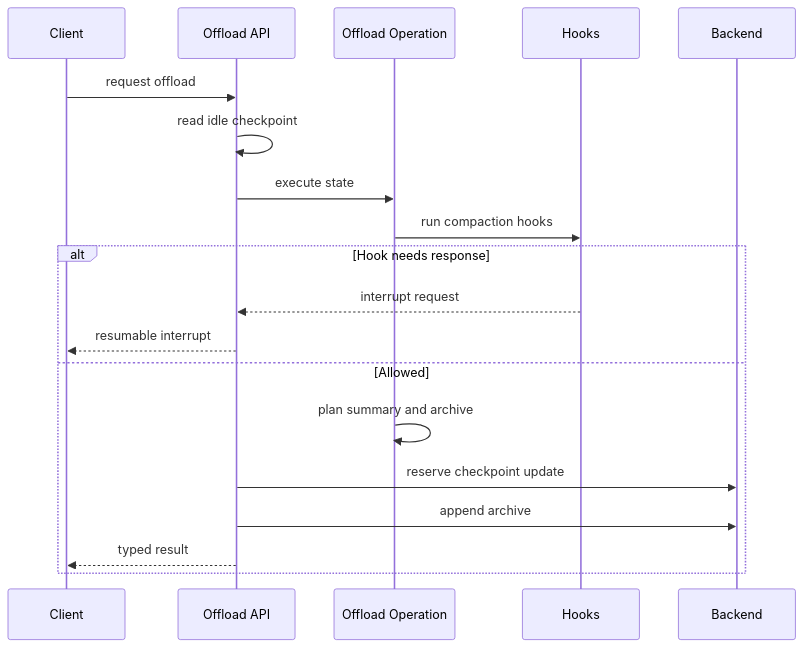
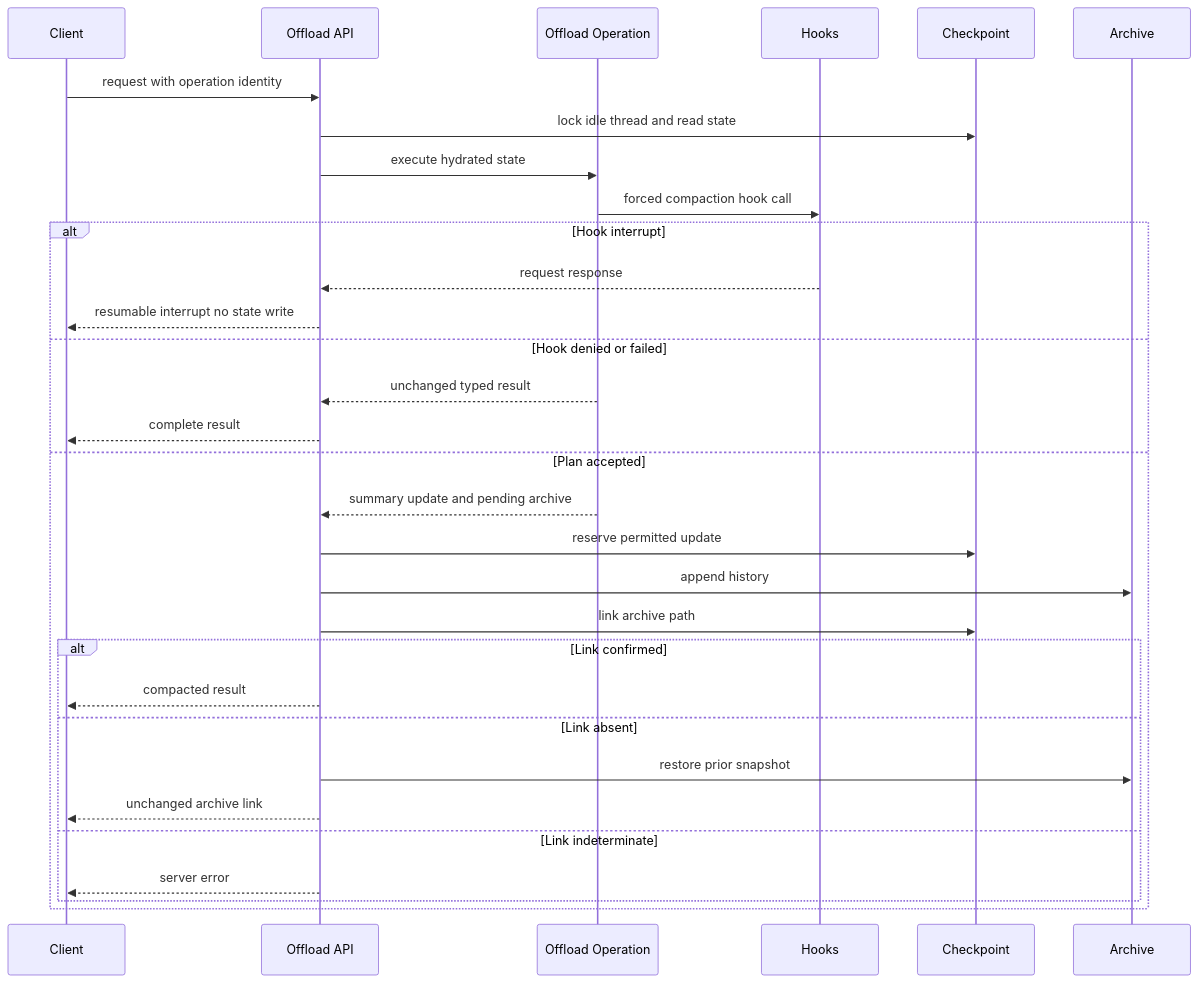
The third of 3 diagrams in openwiki/concepts/context-management.md (langchain-ai/deepagents), drawn with Mermaid before and after one commit. The commit also changed other lines of this file and 39 other files, not shown here.

````diff
--- a/openwiki/concepts/context-management.md
+++ b/openwiki/concepts/context-management.md
@@ -151,21 +157,33 @@
 ```mermaid
 sequenceDiagram
     participant Client
     participant API as Offload API
     participant Operation as Offload Operation
     participant Hooks
-    participant Backend
-    Client->>API: request offload
-    API->>API: read idle checkpoint
-    API->>Operation: execute state
-    Operation->>Hooks: run compaction hooks
-    alt Hook needs response
-        Hooks-->>API: interrupt request
-        API-->>Client: resumable interrupt
-    else Allowed
-        Operation->>Operation: plan summary and archive
-        API->>Backend: reserve checkpoint update
-        API->>Backend: append archive
-        API-->>Client: typed result
+    participant Checkpoint
+    participant Archive
+    Client->>API: request with operation identity
+    API->>Checkpoint: lock idle thread and read state
+    API->>Operation: execute hydrated state
+    Operation->>Hooks: forced compaction hook call
+    alt Hook interrupt
+        Hooks-->>API: request response
+        API-->>Client: resumable interrupt no state write
+    else Hook denied or failed
+        Operation-->>API: unchanged typed result
+        API-->>Client: complete result
+    else Plan accepted
+        Operation-->>API: summary update and pending archive
+        API->>Checkpoint: reserve permitted update
+        API->>Archive: append history
+        API->>Checkpoint: link archive path
+        alt Link confirmed
+            API-->>Client: compacted result
+        else Link absent
+            API->>Archive: restore prior snapshot
+            API-->>Client: unchanged archive link
+        else Link indeterminate
+            API-->>Client: server error
+        end
     end
 ```
````
